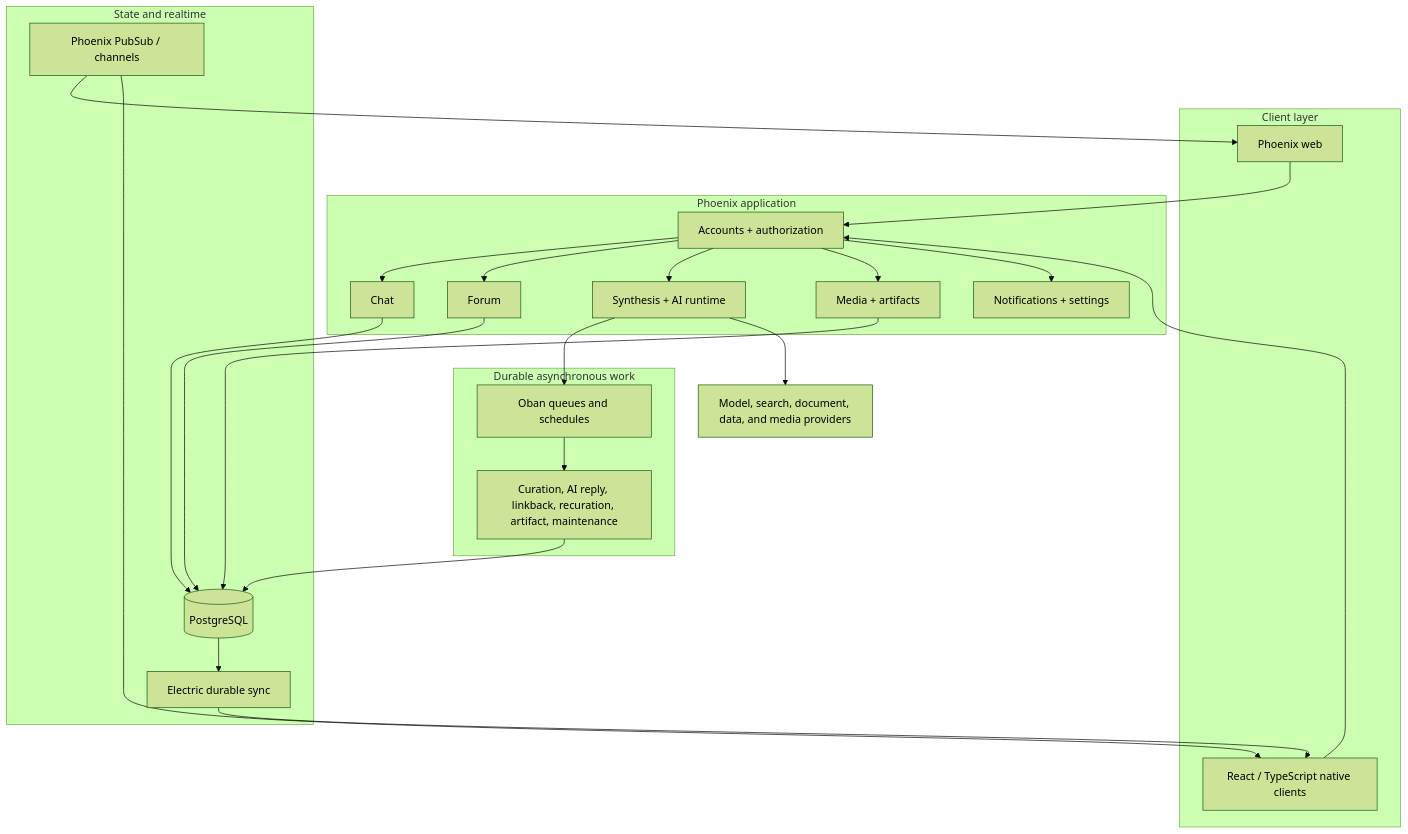
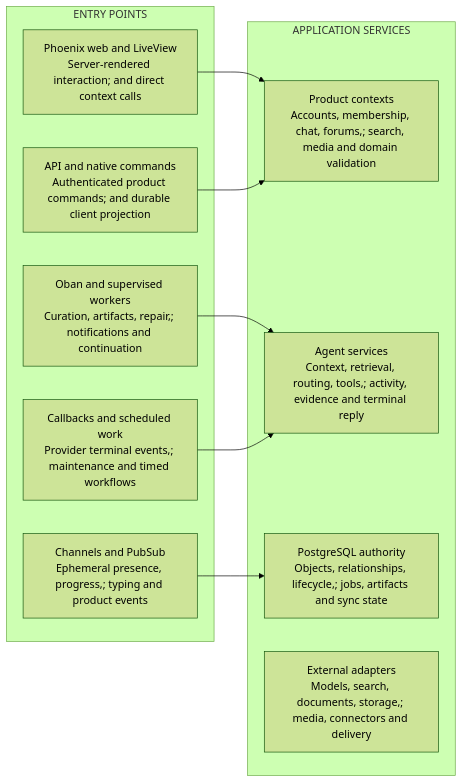
Before and after one commit to wahargis/portfolio: the diagram in flip-technical-overview/diagrams/service-container-map.mmd, drawn with Mermaid (forest theme). The commit also changed 59 other files, not shown here.

```diff
--- a/flip-technical-overview/diagrams/service-container-map.mmd
+++ b/flip-technical-overview/diagrams/service-container-map.mmd
@@ -1,40 +1,19 @@
-flowchart TB
-    subgraph CLIENTS["Client layer"]
-      WEB["Phoenix web"]
-      NATIVE["React / TypeScript native clients"]
-    end
-    subgraph APP["Phoenix application"]
-      AUTH["Accounts + authorization"]
-      CHAT["Chat"]
-      FORUM["Forum"]
-      SYN["Synthesis + AI runtime"]
-      MEDIA["Media + artifacts"]
-      NOTIF["Notifications + settings"]
-      AUTH --> CHAT
-      AUTH --> FORUM
-      AUTH --> SYN
-      AUTH --> MEDIA
-      AUTH --> NOTIF
-    end
-    subgraph ASYNC["Durable asynchronous work"]
-      OBAN["Oban queues and schedules"]
-      WORKERS["Curation, AI reply, linkback, recuration, artifact, maintenance"]
-      OBAN --> WORKERS
-    end
-    subgraph STATE["State and realtime"]
-      PG[("PostgreSQL")]
-      ELECTRIC["Electric durable sync"]
-      PUBSUB["Phoenix PubSub / channels"]
-      PG --> ELECTRIC
-    end
-    WEB --> AUTH
-    NATIVE --> AUTH
-    SYN --> OBAN
-    WORKERS --> PG
-    CHAT --> PG
-    FORUM --> PG
-    MEDIA --> PG
-    ELECTRIC --> NATIVE
-    PUBSUB --> WEB
-    PUBSUB --> NATIVE
-    SYN --> EXT["Model, search, document, data, and media providers"]
+flowchart LR
+  subgraph TOP["ENTRY POINTS"]
+    T0["Phoenix web and LiveView\nServer-rendered interaction; and direct context calls"]
+    T1["API and native commands\nAuthenticated product commands; and durable client projection"]
+    T2["Channels and PubSub\nEphemeral presence, progress,; typing and product events"]
+    T3["Oban and supervised workers\nCuration, artifacts, repair,; notifications and continuation"]
+    T4["Callbacks and scheduled work\nProvider terminal events,; maintenance and timed workflows"]
+  end
+  subgraph BOTTOM["APPLICATION SERVICES"]
+    B0["Product contexts\nAccounts, membership, chat, forums,; search, media and domain validation"]
+    B1["Agent services\nContext, retrieval, routing, tools,; activity, evidence and terminal reply"]
+    B2["PostgreSQL authority\nObjects, relationships, lifecycle,; jobs, artifacts and sync state"]
+    B3["External adapters\nModels, search, documents, storage,; media, connectors and delivery"]
+  end
+  T0 --> B0
+  T1 --> B0
+  T2 --> B2
+  T3 --> B1
+  T4 --> B1
```
